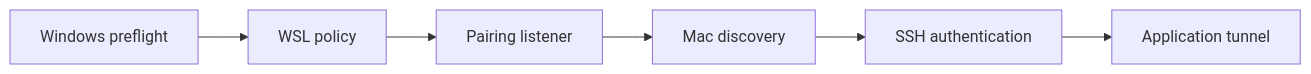
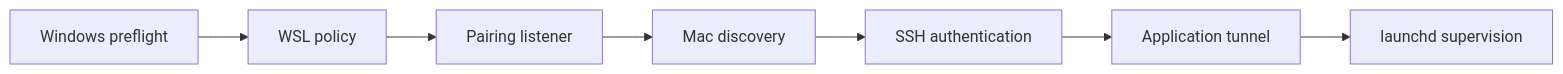
The third of 3 diagrams in docs/architecture.md (M3ndes/otherhost), drawn with Mermaid before and after one commit. The commit also changed other lines of this file and 18 other files, not shown here.

````diff
--- a/docs/architecture.md
+++ b/docs/architecture.md
@@ -315,4 +343,4 @@
 ```mermaid
 flowchart LR
-    Preflight["Windows preflight"] --> WSL["WSL policy"] --> Listener["Pairing listener"] --> Discovery["Mac discovery"] --> Auth["SSH authentication"] --> Tunnel["Application tunnel"]
+    Preflight["Windows preflight"] --> WSL["WSL policy"] --> Listener["Pairing listener"] --> Discovery["Mac discovery"] --> Auth["SSH authentication"] --> Tunnel["Application tunnel"] --> Supervisor["launchd supervision"]
 ```
````
